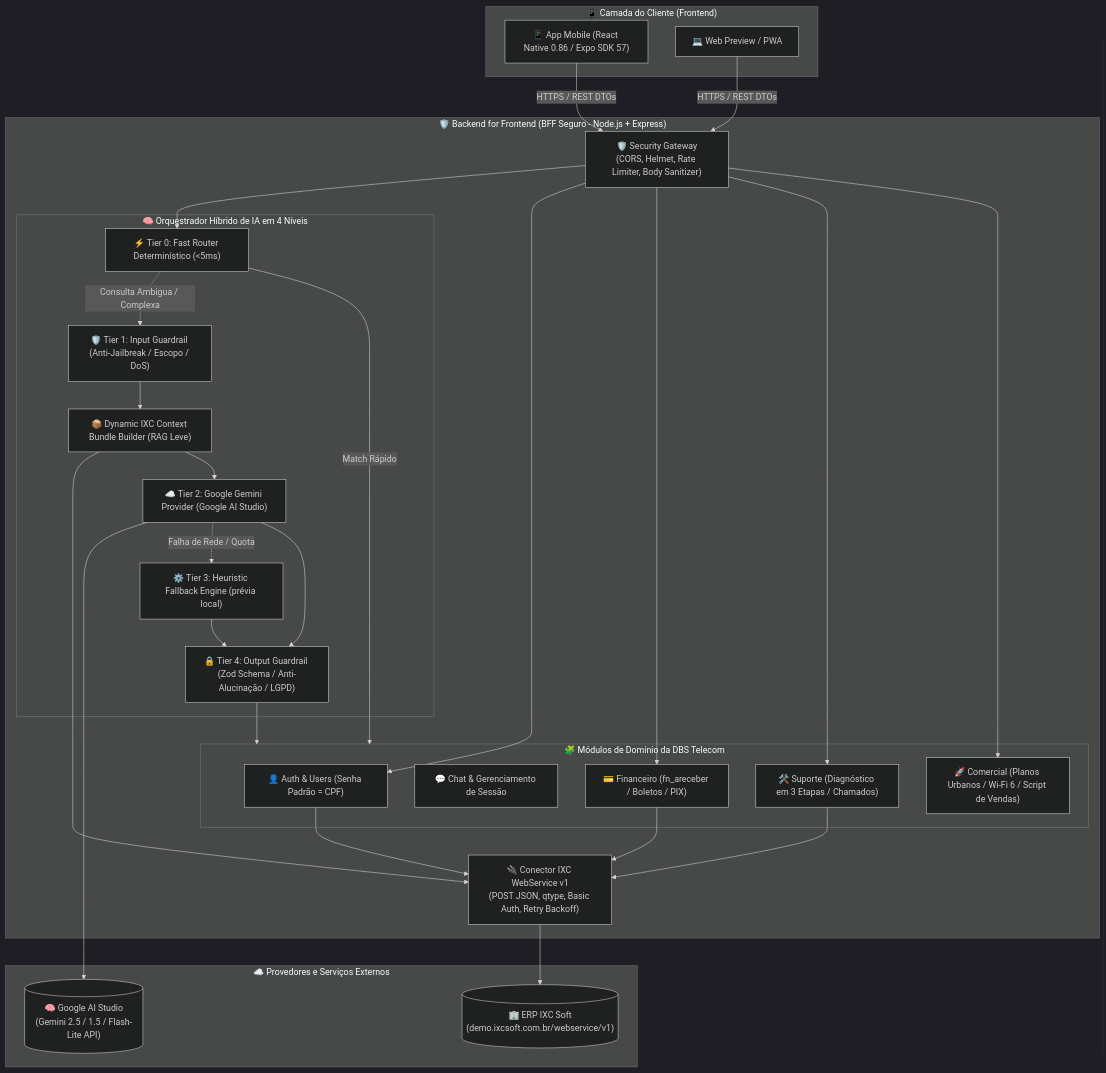
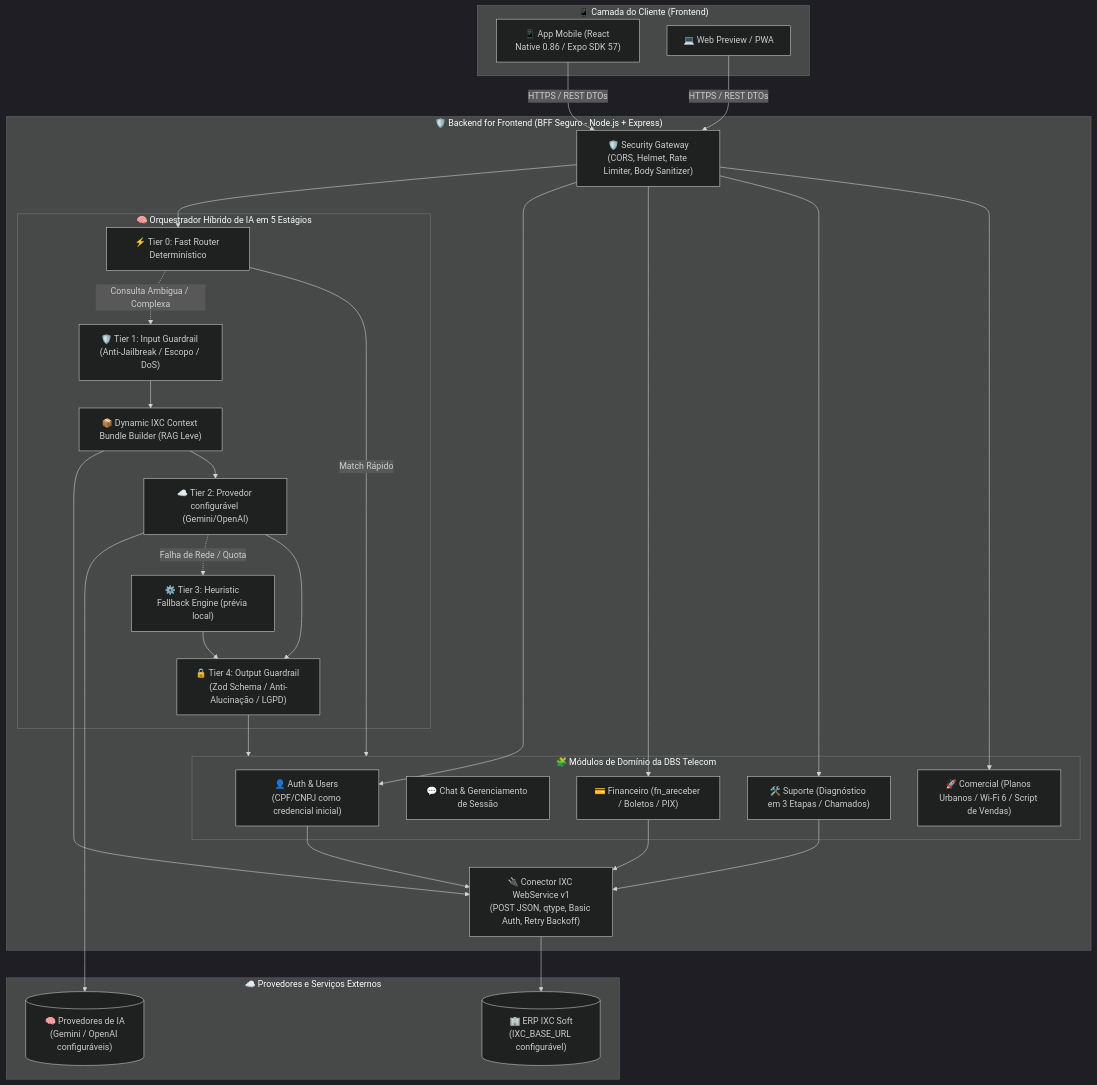
Before and after one commit to JPClow3/dbs-telecom: the first of 5 diagrams in docs/ARQUITETURA.md, drawn with Mermaid (dark theme). The commit also changed other lines of this file and 7 other files, not shown here.

First line of the commit message:
docs: refresh architecture, API and guardrail docs (#34)

````diff
--- a/docs/ARQUITETURA.md
+++ b/docs/ARQUITETURA.md
@@ -11,53 +11,53 @@
 ```mermaid
 graph TB
     subgraph ClientSpace["📱 Camada do Cliente (Frontend)"]
         MobileApp["📱 App Mobile (React Native 0.86 / Expo SDK 57)"]
         WebPreview["💻 Web Preview / PWA"]
     end
 
     subgraph BFFSpace["🛡️ Backend for Frontend (BFF Seguro - Node.js + Express)"]
         SecurityGateway["🛡️ Security Gateway\n(CORS, Helmet, Rate Limiter, Body Sanitizer)"]
 
-        subgraph AIEngine["🧠 Orquestrador Híbrido de IA em 4 Níveis"]
-            Tier0["⚡ Tier 0: Fast Router Determinístico (<5ms)"]
+        subgraph AIEngine["🧠 Orquestrador Híbrido de IA em 5 Estágios"]
+            Tier0["⚡ Tier 0: Fast Router Determinístico"]
             Tier1["🛡️ Tier 1: Input Guardrail (Anti-Jailbreak / Escopo / DoS)"]
             ContextBuilder["📦 Dynamic IXC Context Bundle Builder (RAG Leve)"]
-            Tier2["☁️ Tier 2: Google Gemini Provider (Google AI Studio)"]
+            Tier2["☁️ Tier 2: Provedor configurável (Gemini/OpenAI)"]
             Tier3["⚙️ Tier 3: Heuristic Fallback Engine (prévia local)"]
             Tier4["🔒 Tier 4: Output Guardrail (Zod Schema / Anti-Alucinação / LGPD)"]
         end
 
         subgraph Modules["🧩 Módulos de Domínio da DBS Telecom"]
-            AuthModule["👤 Auth & Users (Senha Padrão = CPF)"]
+            AuthModule["👤 Auth & Users (CPF/CNPJ como credencial inicial)"]
             ChatModule["💬 Chat & Gerenciamento de Sessão"]
             FinModule["💳 Financeiro (fn_areceber / Boletos / PIX)"]
             SupModule["🛠️ Suporte (Diagnóstico em 3 Etapas / Chamados)"]
             ComModule["🚀 Comercial (Planos Urbanos / Wi-Fi 6 / Script de Vendas)"]
         end
 
         IXCConnector["🔌 Conector IXC WebService v1\n(POST JSON, qtype, Basic Auth, Retry Backoff)"]
     end
 
     subgraph ExternalAPIs["☁️ Provedores e Serviços Externos"]
-        IXCServer[("🏢 ERP IXC Soft\n(demo.ixcsoft.com.br/webservice/v1)")]
-        GoogleAIStudio[("🧠 Google AI Studio\n(Gemini 2.5 / 1.5 / Flash-Lite API)")]
+        IXCServer[("🏢 ERP IXC Soft\n(IXC_BASE_URL configurável)")]
+        GoogleAIStudio[("🧠 Provedores de IA\n(Gemini / OpenAI configuráveis)")]
     end
 
     MobileApp -->|HTTPS / REST DTOs| SecurityGateway
     WebPreview -->|HTTPS / REST DTOs| SecurityGateway
     SecurityGateway --> Tier0
     Tier0 -->|Match Rápido| Modules
     Tier0 -.->|Consulta Ambigua / Complexa| Tier1
     Tier1 --> ContextBuilder
     ContextBuilder --> IXCConnector
     IXCConnector --> IXCServer
     ContextBuilder --> Tier2
     Tier2 --> GoogleAIStudio
     Tier2 -.->|Falha de Rede / Quota| Tier3
     Tier2 --> Tier4
     Tier3 --> Tier4
     Tier4 --> Modules
 
     SecurityGateway --> AuthModule & FinModule & SupModule & ComModule
     AuthModule & FinModule & SupModule --> IXCConnector
 ```
````
